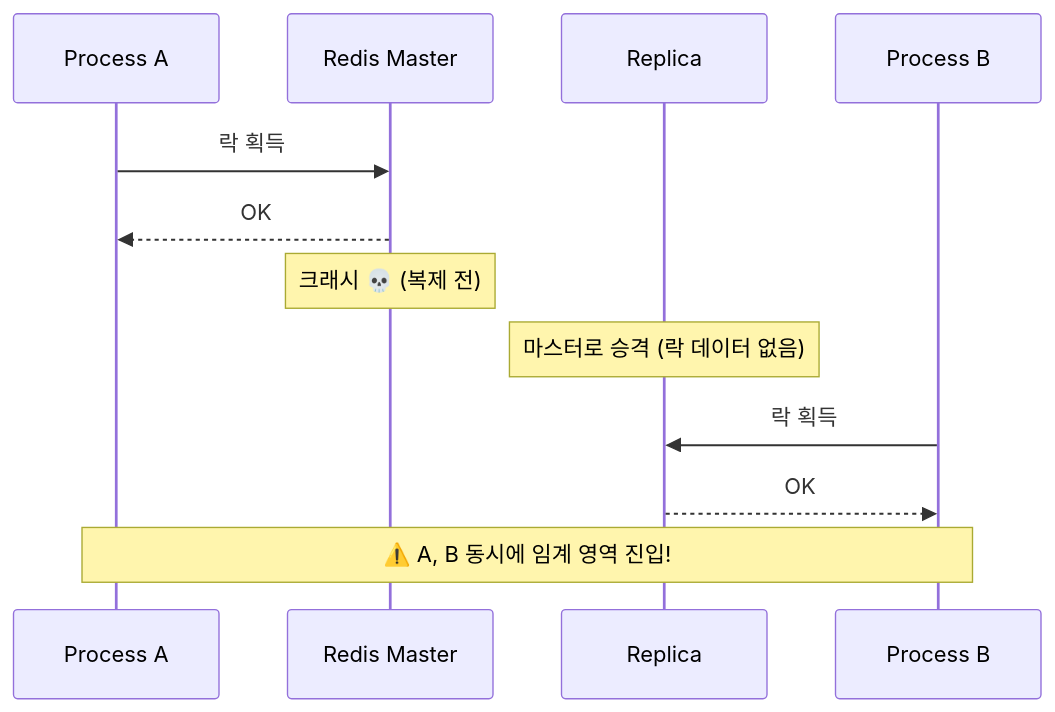
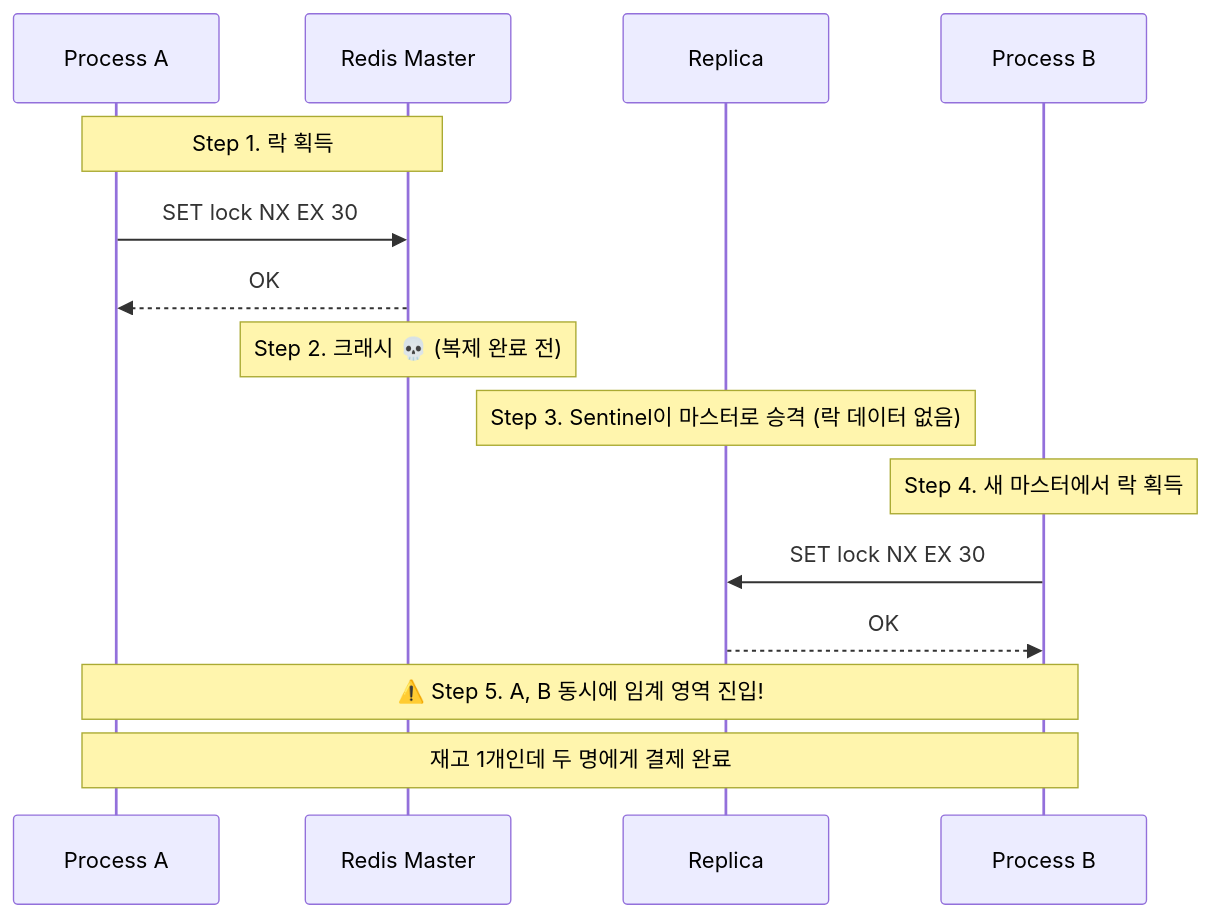
One commit to yjkim2015/yjkim2015.github.io changed diagram 11 of 15 in _posts/redis/2026-05-01-redis-distributed-lock.md. Above: the diagram before and after it, drawn with Mermaid. The commit also changed other lines of this file and 63 other files, not shown here.

```diff
--- a/_posts/redis/2026-05-01-redis-distributed-lock.md
+++ b/_posts/redis/2026-05-01-redis-distributed-lock.md
@@ -223,15 +767,21 @@
 <div class="mermaid">
 sequenceDiagram
     participant A as Process A
     participant M as Redis Master
     participant Rep as Replica
     participant B as Process B
 
-    A->>M: 락 획득
+    Note over A,M: Step 1. 락 획득
+    A->>M: SET lock NX EX 30
     M-->>A: OK
-    Note over M: 크래시 💀 (복제 전)
-    Note over Rep: 마스터로 승격 (락 데이터 없음)
-    B->>Rep: 락 획득
+
+    Note over M: Step 2. 크래시 💀 (복제 완료 전)
+    Note over Rep: Step 3. Sentinel이 마스터로 승격 (락 데이터 없음)
+
+    Note over B: Step 4. 새 마스터에서 락 획득
+    B->>Rep: SET lock NX EX 30
     Rep-->>B: OK
-    Note over A,B: ⚠️ A, B 동시에 임계 영역 진입!
+
+    Note over A,B: ⚠️ Step 5. A, B 동시에 임계 영역 진입!
+    Note over A,B: 재고 1개인데 두 명에게 결제 완료
 </div>
```
